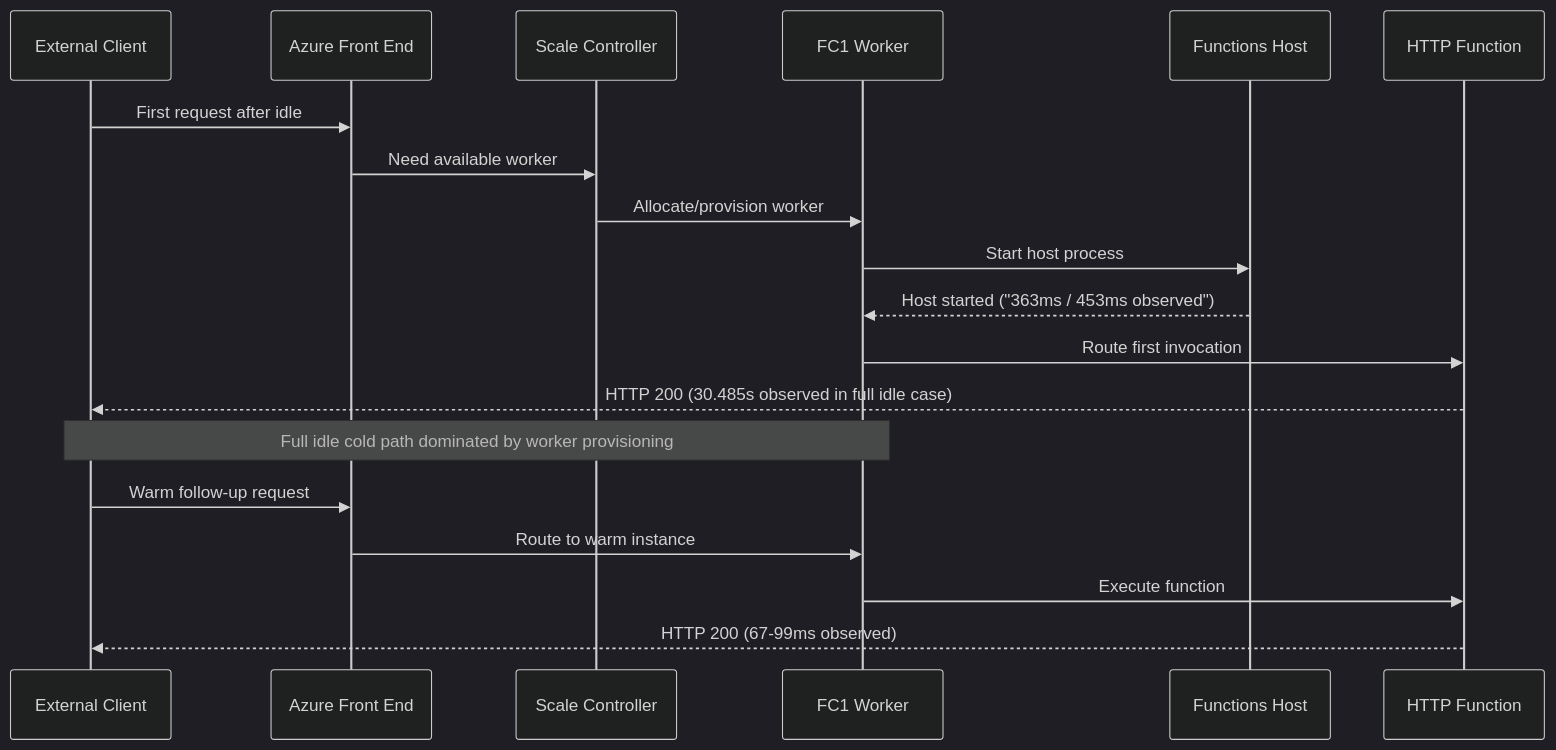
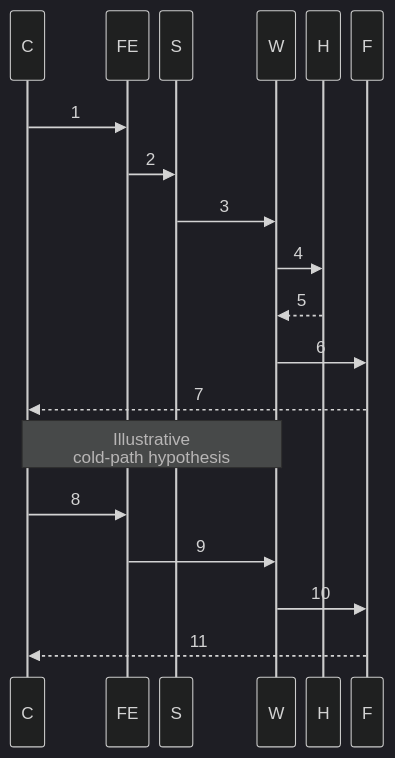
The second of 5 diagrams in docs/troubleshooting/lab-guides/cold-start.md (yeongseon/azure-functions-practical-guide), drawn with Mermaid (dark theme) before and after one commit. The commit also changed other lines of this file and 1 other file, not shown here.

First line of the commit message:
docs(diagrams): migrate Functions lab deployment startup — cold start (#431)

````diff
--- a/docs/troubleshooting/lab-guides/cold-start.md
+++ b/docs/troubleshooting/lab-guides/cold-start.md
@@ -160,21 +182,24 @@
 ```mermaid
+%%{init: {'sequence': {'width': 25, 'actorMargin': 10, 'diagramMarginX': 5, 'messageMargin': 20, 'noteMargin': 5}}}%%
 sequenceDiagram
-    participant Client as External Client
-    participant FE as Azure Front End
-    participant Scale as Scale Controller
-    participant Worker as FC1 Worker
-    participant Host as Functions Host
-    participant Func as HTTP Function
-    Client->>FE: First request after idle
-    FE->>Scale: Need available worker
-    Scale->>Worker: Allocate/provision worker
-    Worker->>Host: Start host process
-    Host-->>Worker: Host started ("363ms / 453ms observed")
-    Worker->>Func: Route first invocation
-    Func-->>Client: HTTP 200 (30.485s observed in full idle case)
-    Note over Client,Worker: Full idle cold path dominated by worker provisioning
-    Client->>FE: Warm follow-up request
-    FE->>Worker: Route to warm instance
-    Worker->>Func: Execute function
-    Func-->>Client: HTTP 200 (67-99ms observed)
+    accTitle: How do the reported cold and warm requests compare?
+    accDescr: Illustrative FC1 timeline with six distinct roles and the original cold-then-warm exchange order. Numbered messages refer to the adjacent key. Historical client and host timings are retained, not newly validated; internal handoffs are conceptual rather than captured protocol messages.
+    participant Client as C
+    participant FE as FE
+    participant Scale as S
+    participant Worker as W
+    participant Host as H
+    participant Func as F
+    Client->>FE: 1
+    FE->>Scale: 2
+    Scale->>Worker: 3
+    Worker->>Host: 4
+    Host-->>Worker: 5
+    Worker->>Func: 6
+    Func-->>Client: 7
+    Note over Client,Worker: Illustrative<br/>cold-path hypothesis
+    Client->>FE: 8
+    FE->>Worker: 9
+    Worker->>Func: 10
+    Func-->>Client: 11
 ```
````
